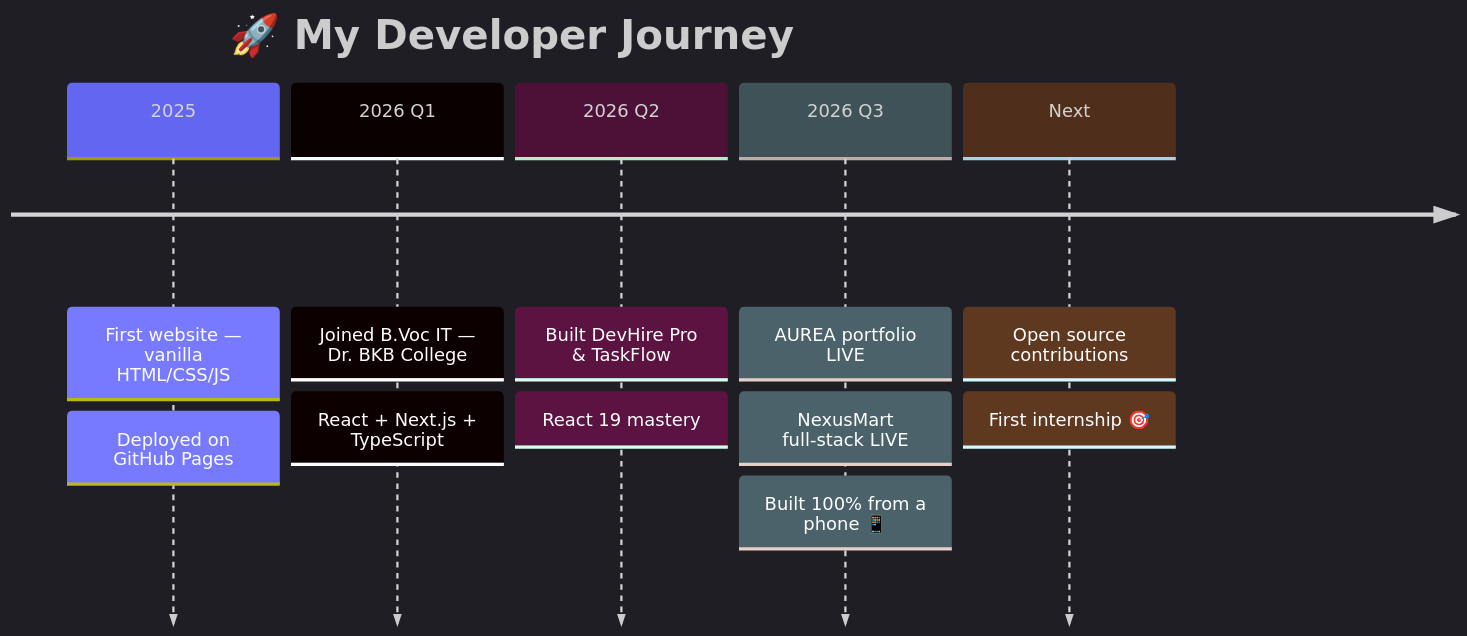
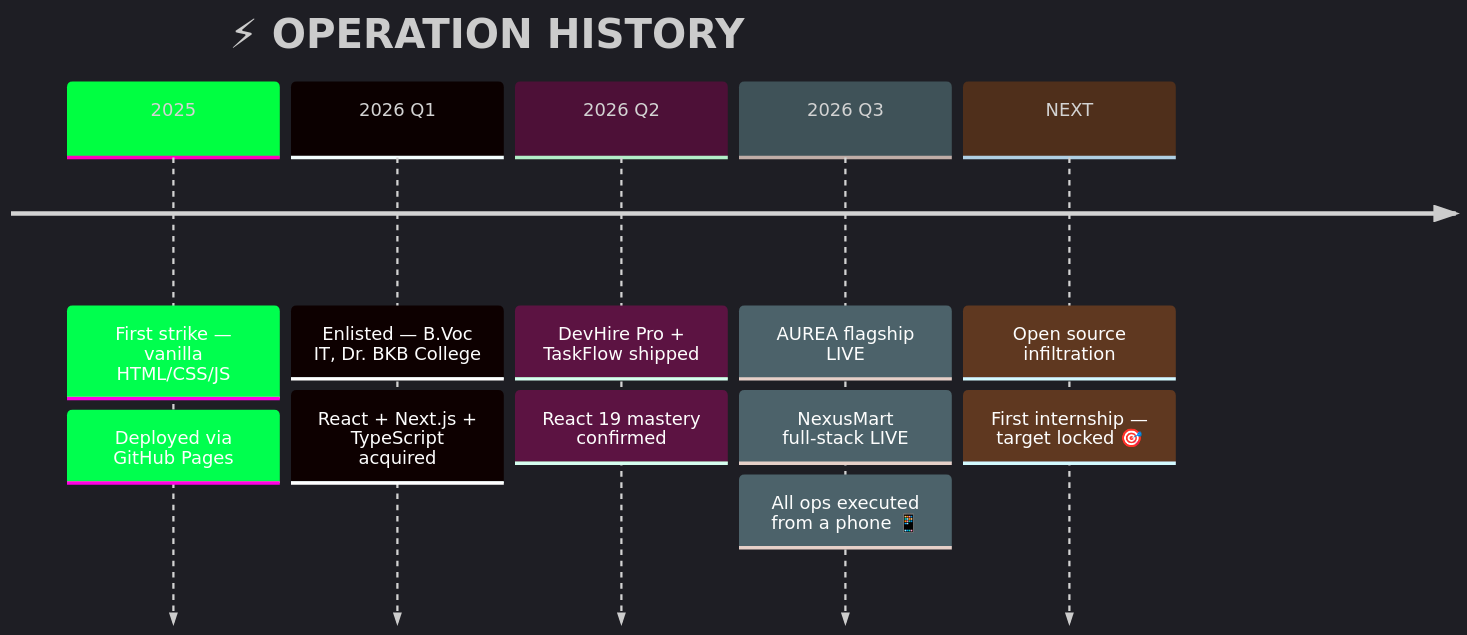
The diagram in README.md (Manashjyoti-Bora/Manashjyoti-Bora), drawn with Mermaid before and after one commit. The commit also changed other lines of this file, not shown here.

````diff
--- a/README.md
+++ b/README.md
@@ -326,10 +133,10 @@
 ```mermaid
-%%{init: {'theme':'dark','themeVariables':{'primaryColor':'#6366f1','primaryTextColor':'#fff','lineColor':'#38bdf8'}}}%%
+%%{init: {'theme':'dark','themeVariables':{'primaryColor':'#00ff41','primaryTextColor':'#fff','lineColor':'#22d3ee'}}}%%
 timeline
-    title 🚀 My Developer Journey
-    2025 : First website — vanilla HTML/CSS/JS : Deployed on GitHub Pages
-    2026 Q1 : Joined B.Voc IT — Dr. BKB College : React + Next.js + TypeScript
-    2026 Q2 : Built DevHire Pro & TaskFlow : React 19 mastery
-    2026 Q3 : AUREA portfolio LIVE : NexusMart full-stack LIVE : Built 100% from a phone 📱
-    Next : Open source contributions : First internship 🎯
+    title ⚡ OPERATION HISTORY
+    2025 : First strike — vanilla HTML/CSS/JS : Deployed via GitHub Pages
+    2026 Q1 : Enlisted — B.Voc IT, Dr. BKB College : React + Next.js + TypeScript acquired
+    2026 Q2 : DevHire Pro + TaskFlow shipped : React 19 mastery confirmed
+    2026 Q3 : AUREA flagship LIVE : NexusMart full-stack LIVE : All ops executed from a phone 📱
+    NEXT : Open source infiltration : First internship — target locked 🎯
 ```
````
